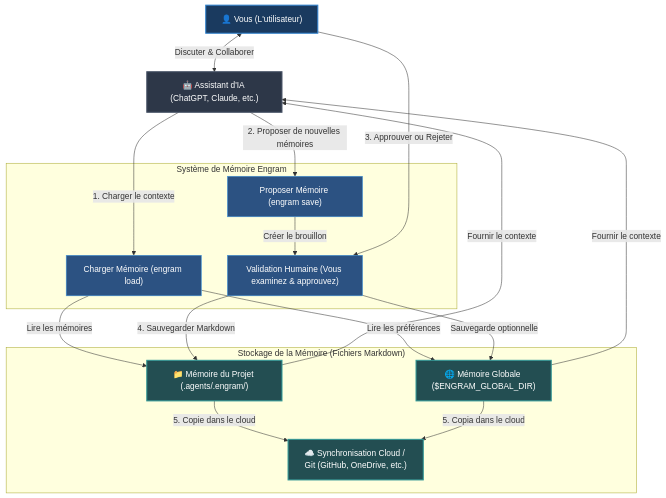
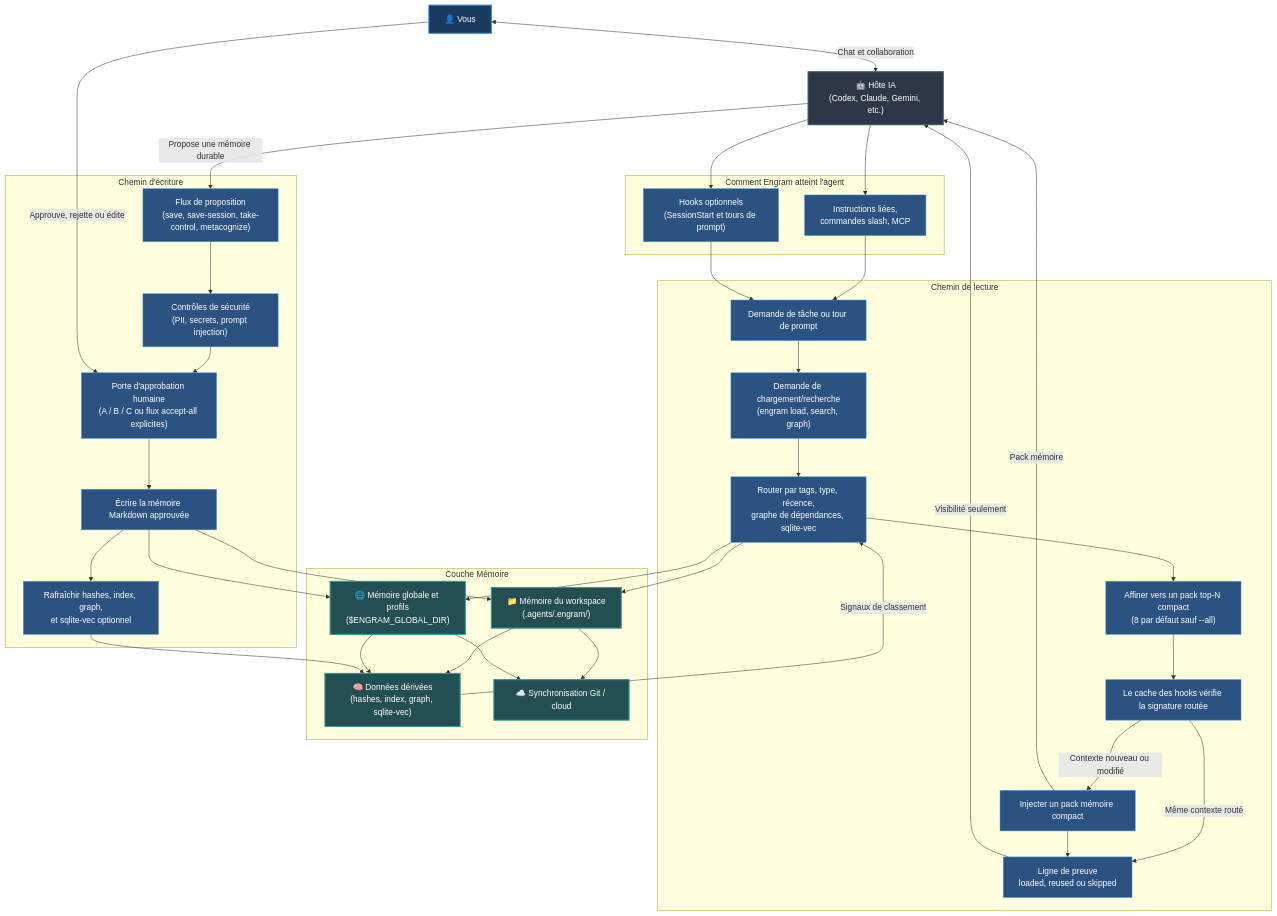
One commit to the-long-ride/engram changed the diagram in documentation/fr/README.md. Above: the diagram before and after it, drawn with Mermaid. The commit also changed other lines of this file and 19 other files, not shown here.

Commit message:
docs: refresh proof and architecture docs

````diff
--- a/documentation/fr/README.md
+++ b/documentation/fr/README.md
@@ -27,39 +27,71 @@
 ```mermaid
 graph TD
-    %% Styling
-    classDef default fill:#111,stroke:#333,stroke-width:1px,color:#fff;
     classDef human fill:#1a3a5f,stroke:#3182ce,stroke-width:2px,color:#fff;
     classDef agent fill:#2d3748,stroke:#4a5568,stroke-width:2px,color:#fff;
     classDef storage fill:#234e52,stroke:#319795,stroke-width:2px,color:#fff;
     classDef action fill:#2c5282,stroke:#4299e1,stroke-width:1px,color:#fff;
 
-    User["👤 Vous (L'utilisateur)"]:::human
-    AI["🤖 Assistant d'IA (ChatGPT, Claude, etc.)"]:::agent
+    User["👤 Vous"]:::human
+    AI["🤖 Hôte IA\n(Codex, Claude, Gemini, etc.)"]:::agent
 
-    subgraph Engram ["Système de Mémoire Engram"]
-        Load["Charger Mémoire (engram load)"]:::action
-        Propose["Proposer Mémoire (engram save)"]:::action
-        Review["Validation Humaine (Vous examinez & approuvez)"]:::action
+    subgraph Entry ["Comment Engram atteint l'agent"]
+        Links["Instructions liées,\ncommandes slash, MCP"]:::action
+        Hooks["Hooks optionnels\n(SessionStart et tours de prompt)"]:::action
     end
 
-    subgraph Storage ["Stockage de la Mémoire (Fichiers Markdown)"]
-        LocalStore["📁 Mémoire du Projet (.agents/.engram/)"]:::storage
-        GlobalStore["🌐 Mémoire Globale ($ENGRAM_GLOBAL_DIR)"]:::storage
-        SyncStore["☁️ Synchronisation Cloud / Git (GitHub, OneDrive, etc.)"]:::storage
+    subgraph Read ["Chemin de lecture"]
+        Trigger["Demande de tâche ou tour de prompt"]:::action
+        Load["Demande de chargement/recherche\n(engram load, search, graph)"]:::action
+        Route["Router par tags, type, récence,\ngraphe de dépendances, sqlite-vec"]:::action
+        Refine["Affiner vers un pack top-N compact\n(8 par défaut sauf --all)"]:::action
+        Cache["Le cache des hooks vérifie la signature routée"]:::action
+        Inject["Injecter un pack mémoire compact"]:::action
+        Proof["Ligne de preuve\nloaded, reused ou skipped"]:::action
     end
 
-    %% Interactions
-    User <-->|Discuter & Collaborer| AI
-    AI -->|1. Charger le contexte| Load
-    Load -->|Lire les mémoires| LocalStore
-    Load -->|Lire les préférences| GlobalStore
-    LocalStore & GlobalStore -->|Fournir le contexte| AI
+    subgraph Write ["Chemin d'écriture"]
+        Proposal["Flux de proposition\n(save, save-session, take-control, metacognize)"]:::action
+        Scan["Contrôles de sécurité\n(PII, secrets, prompt injection)"]:::action
+        Review["Porte d'approbation humaine\n(A / B / C ou flux accept-all explicites)"]:::action
+        Persist["Écrire la mémoire Markdown approuvée"]:::action
+        Rebuild["Rafraîchir hashes, index, graph,\net sqlite-vec optionnel"]:::action
+    end
 
-    AI -->|2. Proposer de nouvelles mémoires| Propose
-    Propose -->|Créer le brouillon| Review
-    User -->|3. Approuver ou Rejeter| Review
-    Review -->|4. Sauvegarder Markdown| LocalStore
-    Review -->|Sauvegarde optionnelle| GlobalStore
-    LocalStore -->|5. Copie dans le cloud| SyncStore
-    GlobalStore -->|5. Copia dans le cloud| SyncStore
+    subgraph Memory ["Couche Mémoire"]
+        Workspace["📁 Mémoire du workspace\n(.agents/.engram/)"]:::storage
+        Global["🌐 Mémoire globale et profils\n($ENGRAM_GLOBAL_DIR)"]:::storage
+        Derived["🧠 Données dérivées\n(hashes, index, graph, sqlite-vec)"]:::storage
+        Sync["☁️ Synchronisation Git / cloud"]:::storage
+    end
+
+    User <-->|Chat et collaboration| AI
+    AI --> Links
+    AI --> Hooks
+    Links --> Trigger
+    Hooks --> Trigger
+    Trigger --> Load
+    Load --> Route
+    Route --> Workspace
+    Route --> Global
+    Workspace --> Derived
+    Global --> Derived
+    Derived -->|Signaux de classement| Route
+    Route --> Refine
+    Refine --> Cache
+    Cache -->|Contexte nouveau ou modifié| Inject
+    Cache -->|Même contexte routé| Proof
+    Inject -->|Pack mémoire| AI
+    Inject --> Proof
+    Proof -->|Visibilité seulement| AI
+    AI -->|Propose une mémoire durable| Proposal
+    Proposal --> Scan
+    Scan --> Review
+    User -->|Approuve, rejette ou édite| Review
+    Review --> Persist
+    Persist --> Workspace
+    Persist --> Global
+    Persist --> Rebuild
+    Rebuild --> Derived
+    Workspace --> Sync
+    Global --> Sync
 ```
````
